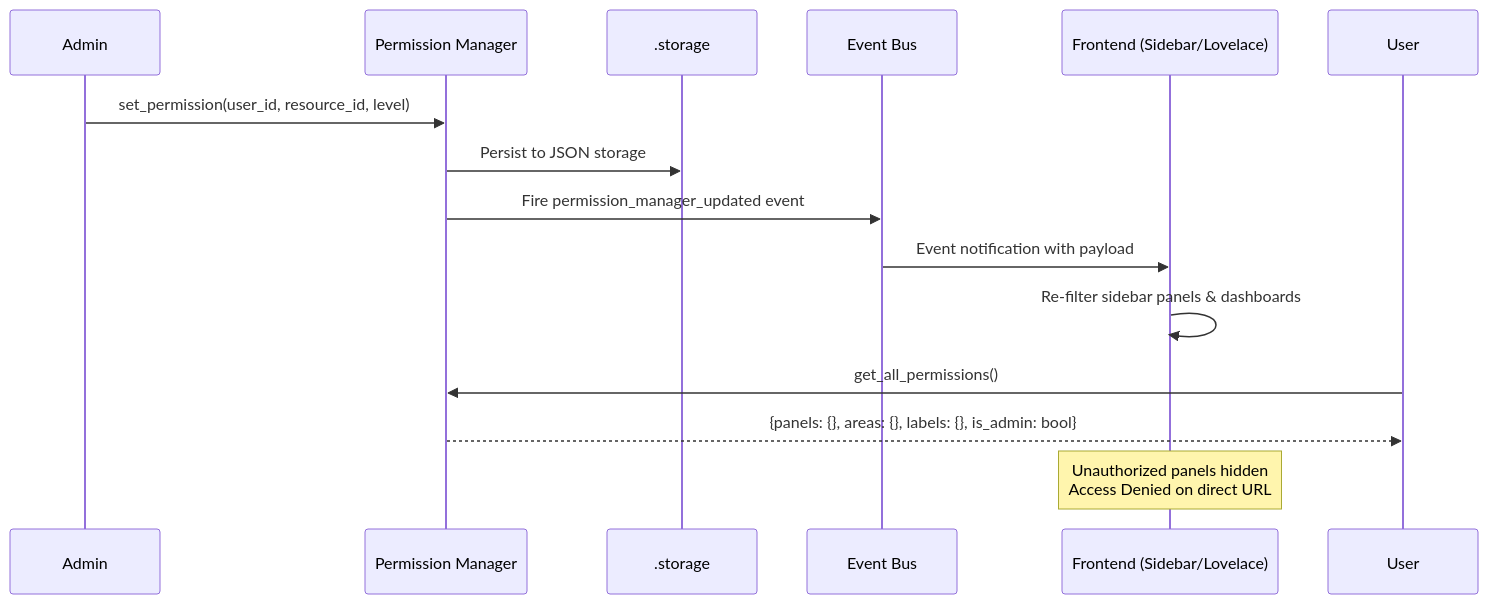
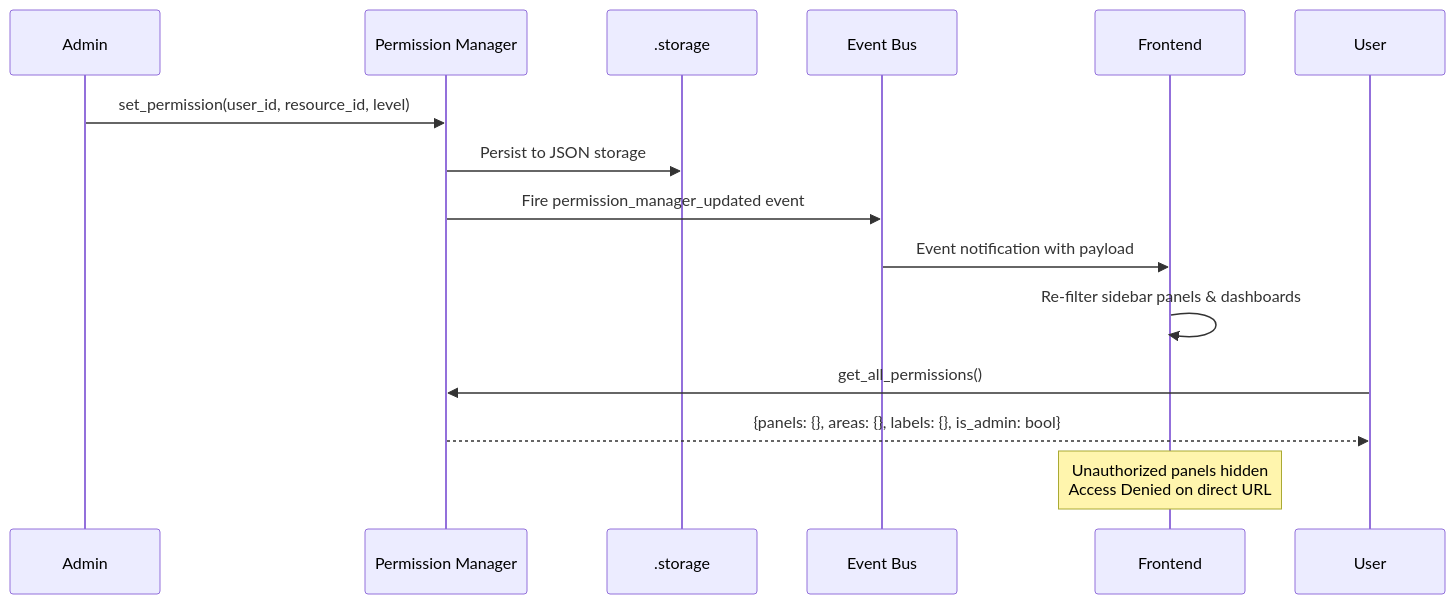
The second of 4 diagrams in README.md (WOOWTECH/Woow_ha_permission_control), drawn with Mermaid before and after one commit. The commit also changed other lines of this file and 4 other files, not shown here.

First line of the commit message:
fix: Mermaid diagram syntax for GitHub rendering

````diff
--- a/README.md
+++ b/README.md
@@ -169,18 +169,18 @@
 ```mermaid
 sequenceDiagram
     participant Admin
     participant PM as Permission Manager
     participant Store as .storage
     participant EB as Event Bus
-    participant FE as Frontend (Sidebar/Lovelace)
+    participant FE as Frontend
     participant User
 
     Admin->>PM: set_permission(user_id, resource_id, level)
     PM->>Store: Persist to JSON storage
     PM->>EB: Fire permission_manager_updated event
     EB->>FE: Event notification with payload
     FE->>FE: Re-filter sidebar panels & dashboards
     User->>PM: get_all_permissions()
     PM-->>User: {panels: {}, areas: {}, labels: {}, is_admin: bool}
     Note over FE: Unauthorized panels hidden<br/>Access Denied on direct URL
 ```
````
